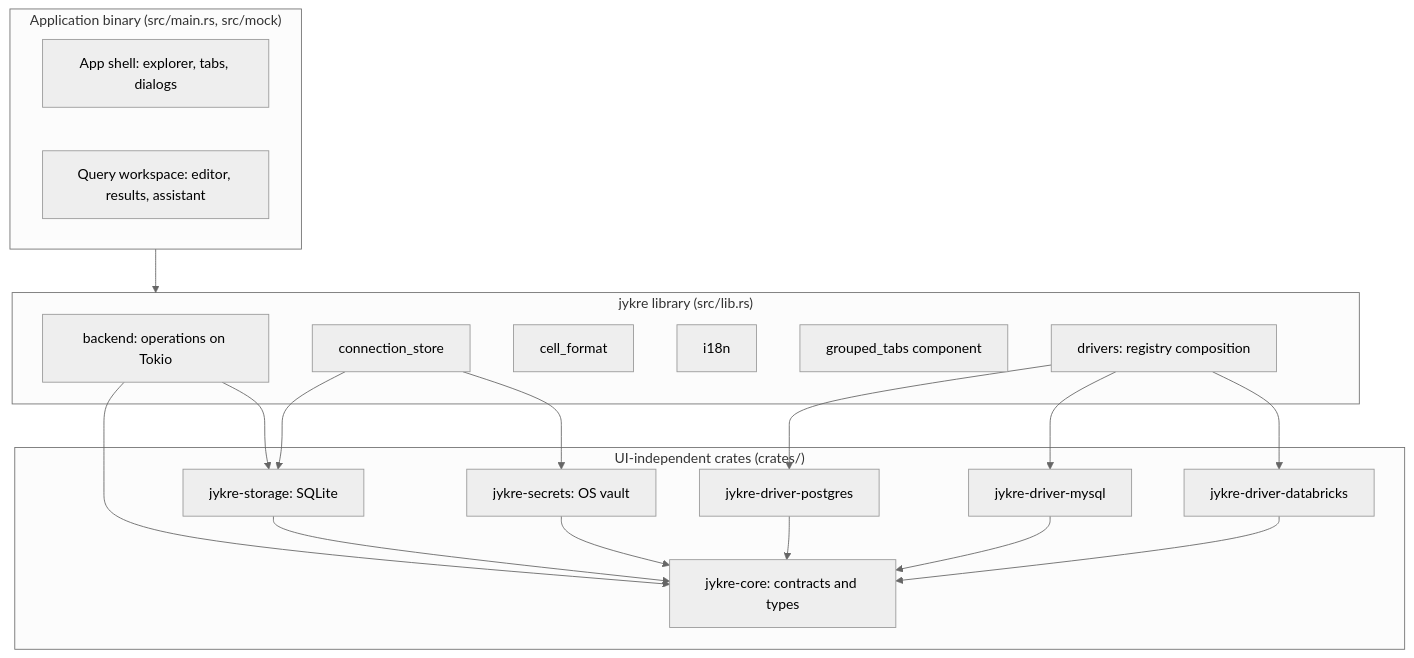
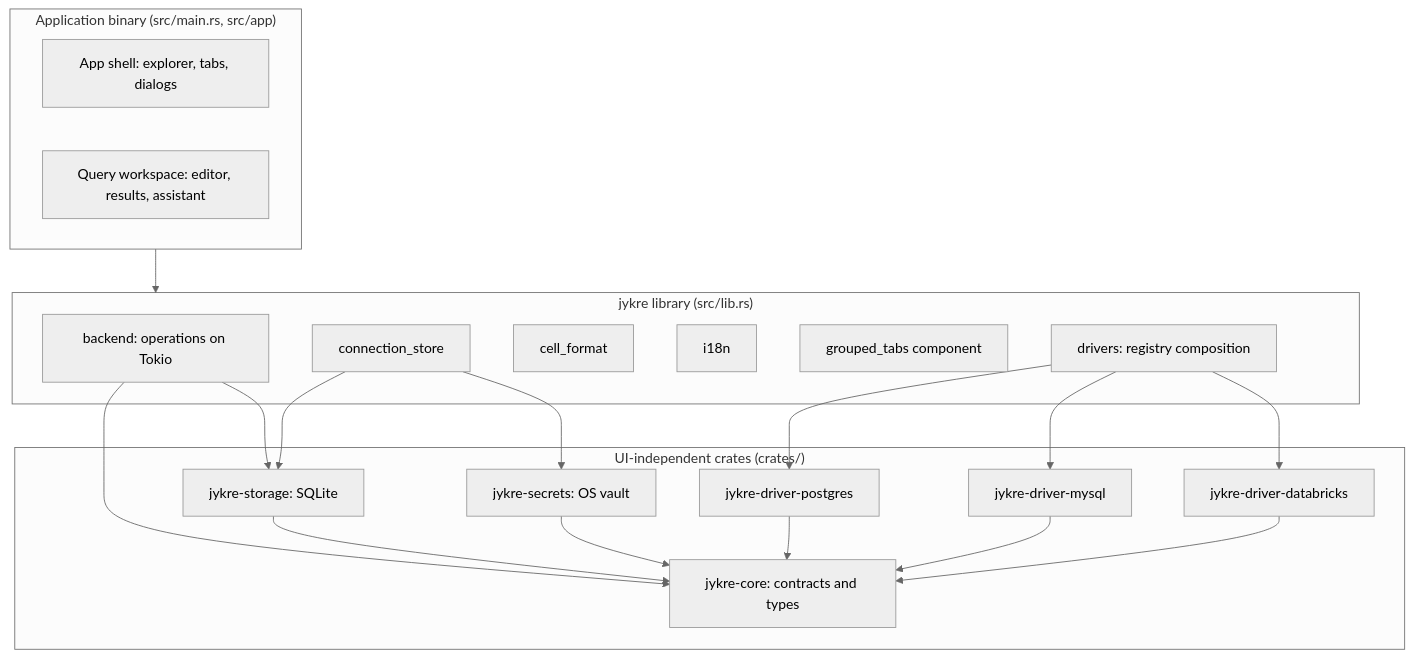
The first of 2 diagrams in docs/architecture.md (alandariva/jovru), drawn with Mermaid (neutral theme) before and after one commit. The commit also changed other lines of this file and 10 other files, not shown here.

First line of the commit message:
Rename the views module from mock to app

````diff
--- a/docs/architecture.md
+++ b/docs/architecture.md
@@ -11,39 +11,39 @@
 ```mermaid
 flowchart TB
-    subgraph Bin["Application binary (src/main.rs, src/mock)"]
+    subgraph Bin["Application binary (src/main.rs, src/app)"]
         Shell[App shell: explorer, tabs, dialogs]
         Workspace[Query workspace: editor, results, assistant]
     end
 
     subgraph Lib["jykre library (src/lib.rs)"]
         Backend[backend: operations on Tokio]
         Store[connection_store]
         Format[cell_format]
         I18n[i18n]
         Tabs[grouped_tabs component]
         Drivers[drivers: registry composition]
     end
 
     subgraph Crates["UI-independent crates (crates/)"]
         Core[jykre-core: contracts and types]
         Storage[jykre-storage: SQLite]
         Secrets[jykre-secrets: OS vault]
         PG[jykre-driver-postgres]
         MY[jykre-driver-mysql]
         DBX[jykre-driver-databricks]
     end
 
     Bin --> Lib
     Backend --> Core
     Backend --> Storage
     Store --> Storage
     Store --> Secrets
     Drivers --> PG
     Drivers --> MY
     Drivers --> DBX
     Storage --> Core
     Secrets --> Core
     PG --> Core
     MY --> Core
     DBX --> Core
 ```
````
